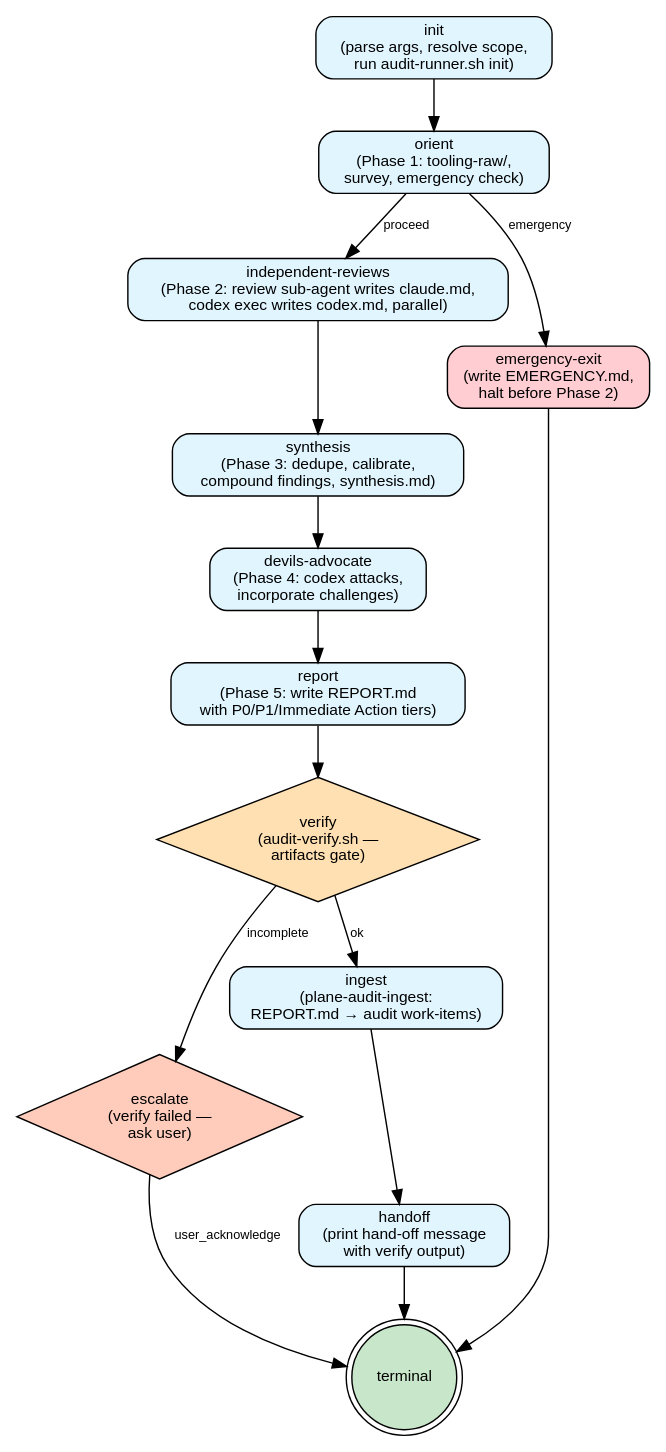
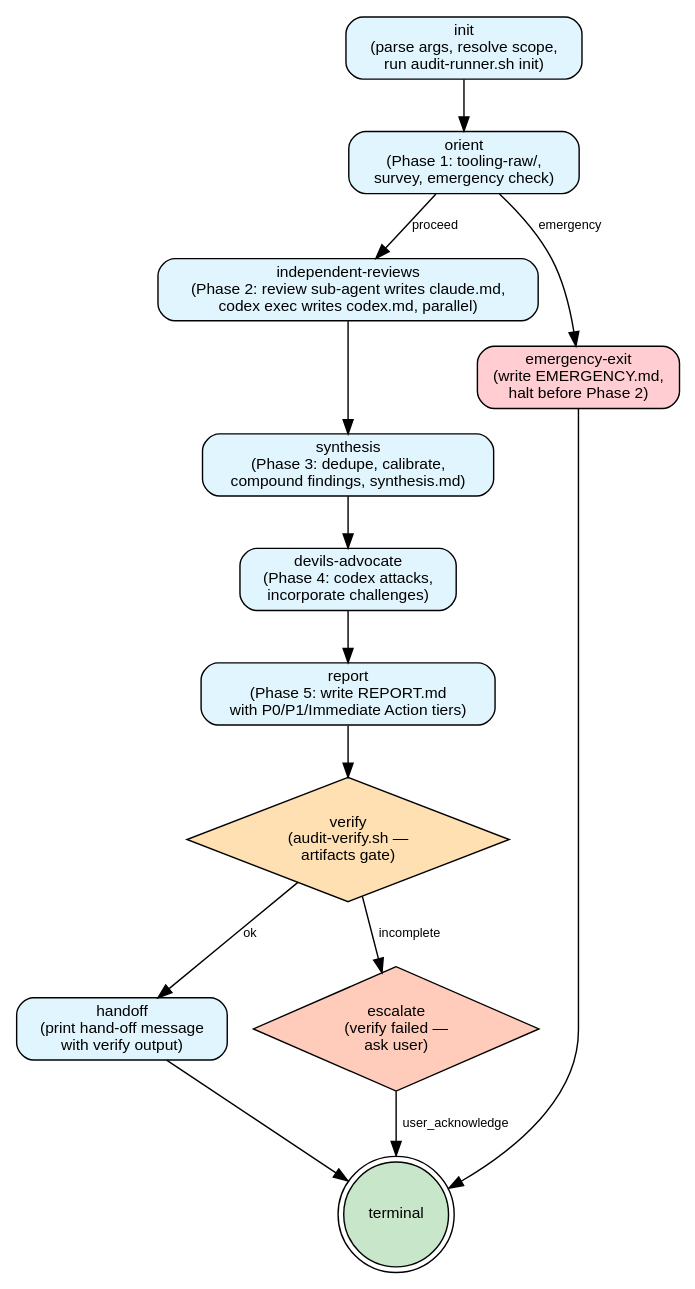
The diagram in skills/audit-apple-security/graph.dot (coreydaley/agent-config), drawn with Graphviz before and after one commit. The commit also changed 418 other files, not shown here.

```diff
--- a/skills/audit-apple-security/graph.dot
+++ b/skills/audit-apple-security/graph.dot
@@ -1,71 +1,68 @@
 // Apple Platform Security Audit state machine.
 //
 // Source of truth for the /audit-apple-security skill's flow. The walker
 // (Claude, per SKILL.md) reads each node's prose from nodes/<id>.md,
 // performs the work, evaluates the outgoing edges' conditions against
 // the current state (primarily MANIFEST.json + artifact files), and
 // transitions. The structural enforcement points are lib/audit-runner.sh
 // (which owns $AUDIT_DIR creation) and lib/audit-verify.sh (which gates
 // the handoff edge).
 //
 // This is the canonical graph shared by every /audit-* skill. Audits
 // without Phase 1 tooling still walk orient (it's a no-op for them);
 // audits without emergency-exit conditions just never take the
 // orient -> emergency_exit edge. The graph stays uniform.
 //
 // Render to SVG with scripts/render.sh. Validate with scripts/validate.py.
 
 digraph audit_apple_security {
     rankdir=TB;
     bgcolor="white";
     node  [fontname="Helvetica", fontsize=11];
     edge  [fontname="Helvetica", fontsize=9];
 
     // -- Process nodes (rounded boxes, light blue) ----------------------
     init                [shape=box, style="rounded,filled", fillcolor="#e1f5fe",
                          label="init\n(parse args, resolve scope,\nrun audit-runner.sh init)"];
     orient              [shape=box, style="rounded,filled", fillcolor="#e1f5fe",
                          label="orient\n(Phase 1: tooling-raw/,\nsurvey, emergency check)"];
     independent_reviews [shape=box, style="rounded,filled", fillcolor="#e1f5fe",
                          label="independent-reviews\n(Phase 2: review sub-agent writes claude.md,\ncodex exec writes codex.md, parallel)"];
     synthesis           [shape=box, style="rounded,filled", fillcolor="#e1f5fe",
                          label="synthesis\n(Phase 3: dedupe, calibrate,\ncompound findings, synthesis.md)"];
     devils_advocate     [shape=box, style="rounded,filled", fillcolor="#e1f5fe",
                          label="devils-advocate\n(Phase 4: codex attacks,\nincorporate challenges)"];
     report              [shape=box, style="rounded,filled", fillcolor="#e1f5fe",
                          label="report\n(Phase 5: write REPORT.md\nwith P0/P1/Immediate Action tiers)"];
     emergency_exit      [shape=box, style="rounded,filled", fillcolor="#ffcdd2",
                          label="emergency-exit\n(write EMERGENCY.md,\nhalt before Phase 2)"];
     handoff             [shape=box, style="rounded,filled", fillcolor="#e1f5fe",
                          label="handoff\n(print hand-off message\nwith verify output)"];
 
     // -- Decision nodes (diamonds) -------------------------------------
     verify              [shape=diamond, style=filled, fillcolor="#ffe0b2",
                          label="verify\n(audit-verify.sh —\nartifacts gate)"];
 
     // -- User-input nodes (coral diamonds) -----------------------------
     escalate            [shape=diamond, style=filled, fillcolor="#ffccbc",
                          label="escalate\n(verify failed —\nask user)"];
 
     // -- Terminal (green double-circle) --------------------------------
     terminal            [shape=doublecircle, style=filled, fillcolor="#c8e6c9",
                          label="terminal"];
 
-    ingest              [shape=box, style="rounded,filled", fillcolor="#e1f5fe",
-                         label="ingest\n(plane-audit-ingest:\nREPORT.md → audit work-items)"];
 
     // -- Edges ---------------------------------------------------------
     init                -> orient;
     orient              -> independent_reviews [label="proceed"];
     orient              -> emergency_exit      [label="emergency"];
     emergency_exit      -> terminal;
     independent_reviews -> synthesis;
     synthesis           -> devils_advocate;
     devils_advocate     -> report;
     report              -> verify;
-    verify              -> ingest              [label="ok"];
-    ingest              -> handoff;
+    verify              -> handoff             [label="ok"];
     verify              -> escalate            [label="incomplete"];
     escalate            -> terminal            [label="user_acknowledge"];
     handoff             -> terminal;
 }
```
